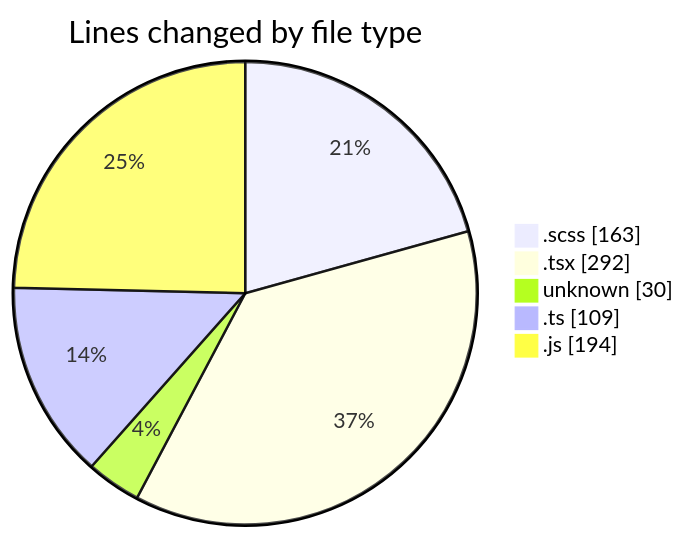
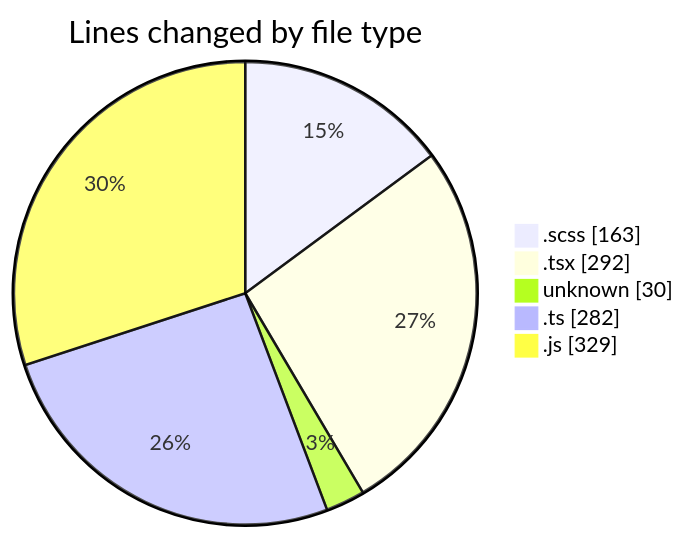
Before and after one commit to momahboobian/code-tracking: the first of 2 diagrams in 2025-03-05/cda/README.md, drawn with Mermaid. The commit also changed other lines of this file and 1 other file, not shown here.

````diff
--- a/2025-03-05/cda/README.md
+++ b/2025-03-05/cda/README.md
@@ -29,9 +32,9 @@
 ```mermaid
 pie showData
 title Lines changed by file type
 ".scss" : 163
 ".tsx" : 292
 "unknown" : 30
-".ts" : 109
-".js" : 194
+".ts" : 282
+".js" : 329
 ```
````
